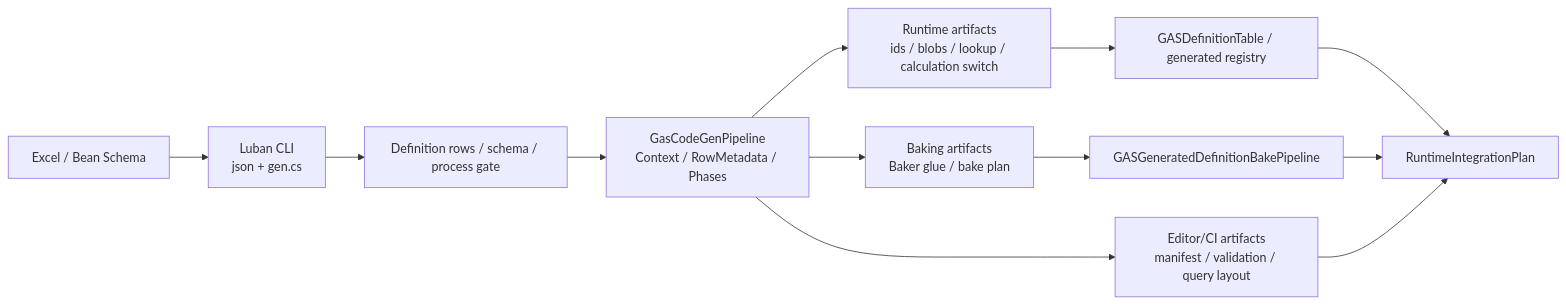
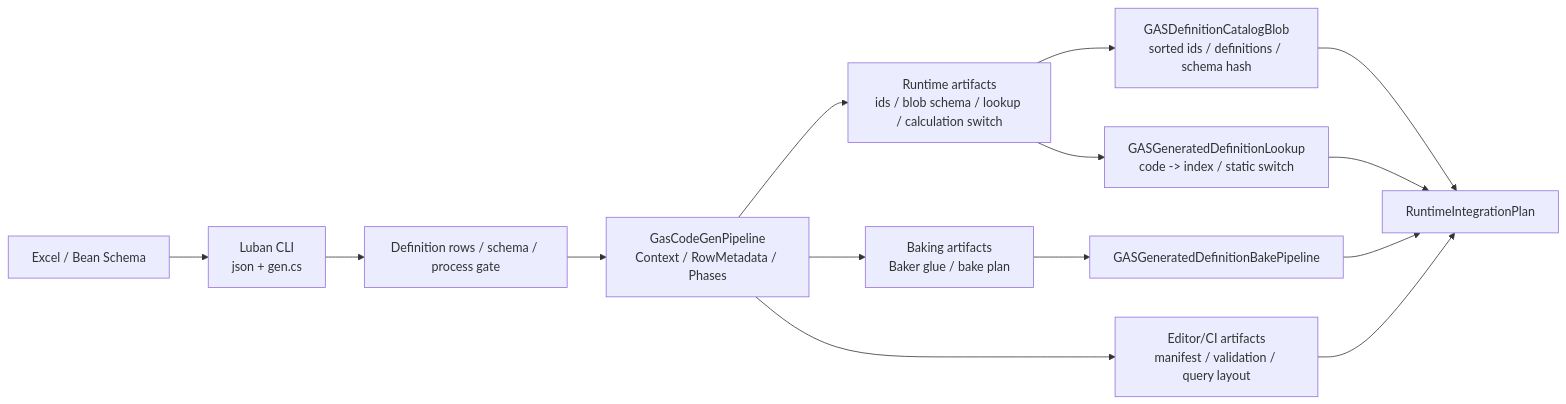
The first of 3 diagrams in 方案讨论/针对2.0的ECS架构的迭代方案讨论/01-目标态架构共识/08-Luban-SourceGenerator配置生成链路Spec.md (Bo-ki/gameplay-ability-system-for-unity), drawn with Mermaid before and after one commit. The commit also changed other lines of this file and 455 other files, not shown here.

````diff
--- a/方案讨论/针对2.0的ECS架构的迭代方案讨论/01-目标态架构共识/08-Luban-SourceGenerator配置生成链路Spec.md
+++ b/方案讨论/针对2.0的ECS架构的迭代方案讨论/01-目标态架构共识/08-Luban-SourceGenerator配置生成链路Spec.md
@@ -9,14 +9,16 @@
 ```mermaid
 flowchart LR
     Excel["Excel / Bean Schema"] --> Luban["Luban CLI\njson + gen.cs"]
     Luban --> Rows["Definition rows / schema / process gate"]
     Rows --> Pipeline["GasCodeGenPipeline\nContext / RowMetadata / Phases"]
-    Pipeline --> RuntimeArtifacts["Runtime artifacts\nids / blobs / lookup / calculation switch"]
+    Pipeline --> RuntimeArtifacts["Runtime artifacts\nids / blob schema / lookup / calculation switch"]
     Pipeline --> BakingArtifacts["Baking artifacts\nBaker glue / bake plan"]
     Pipeline --> Reports["Editor/CI artifacts\nmanifest / validation / query layout"]
-    RuntimeArtifacts --> Table["GASDefinitionTable / generated registry"]
+    RuntimeArtifacts --> Catalog["GASDefinitionCatalogBlob\nsorted ids / definitions / schema hash"]
+    RuntimeArtifacts --> Lookup["GASGeneratedDefinitionLookup\ncode -> index / static switch"]
     BakingArtifacts --> BakePipeline["GASGeneratedDefinitionBakePipeline"]
-    Table --> Integration["RuntimeIntegrationPlan"]
+    Catalog --> Integration["RuntimeIntegrationPlan"]
+    Lookup --> Integration
     BakePipeline --> Integration
     Reports --> Integration
 ```
````
